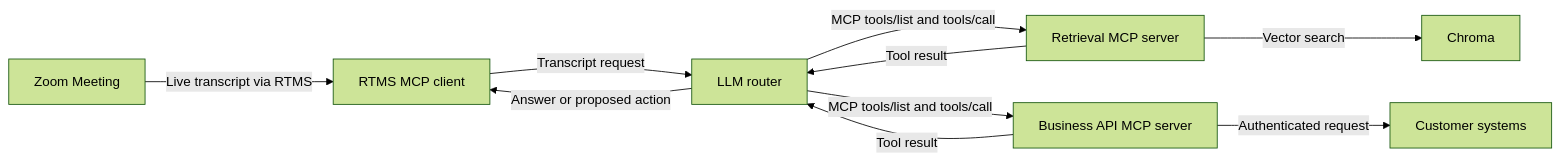
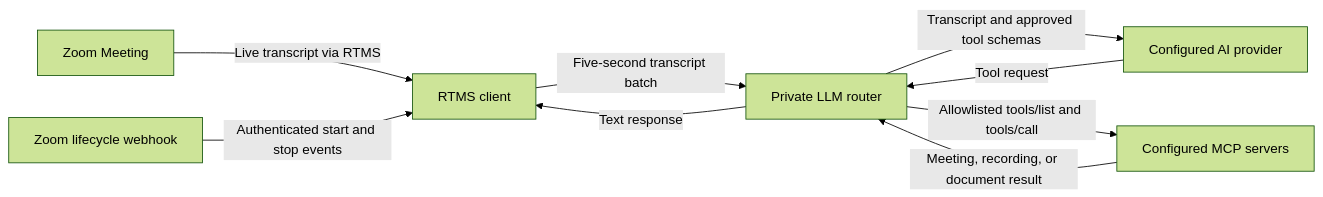
One commit to zoom/blueprints changed the diagram in blueprints/transcripts-to-mcp/index.md. Above: the diagram before and after it, drawn with Mermaid (forest theme). The commit also changed other lines of this file and 40 other files, not shown here.

````diff
--- a/blueprints/transcripts-to-mcp/index.md
+++ b/blueprints/transcripts-to-mcp/index.md
@@ -61,12 +85,11 @@
 ```mermaid
 flowchart LR
-    A[Zoom Meeting] -->|Live transcript via RTMS| B[RTMS MCP client]
-    B -->|Transcript request| C[LLM router]
-    C -->|MCP tools/list and tools/call| D[Retrieval MCP server]
-    C -->|MCP tools/list and tools/call| E[Business API MCP server]
-    D -->|Vector search| F[Chroma]
-    E -->|Authenticated request| G[Customer systems]
-    D -->|Tool result| C
-    E -->|Tool result| C
-    C -->|Answer or proposed action| B
+    A[Zoom Meeting] -->|Live transcript via RTMS| B[RTMS client]
+    Z[Zoom lifecycle webhook] -->|Authenticated start and stop events| B
+    B -->|Five-second transcript batch| C[Private LLM router]
+    C -->|Transcript and approved tool schemas| D[Configured AI provider]
+    D -->|Tool request| C
+    C -->|Allowlisted tools/list and tools/call| E[Configured MCP servers]
+    E -->|Meeting, recording, or document result| C
+    C -->|Text response| B
 ```
````
